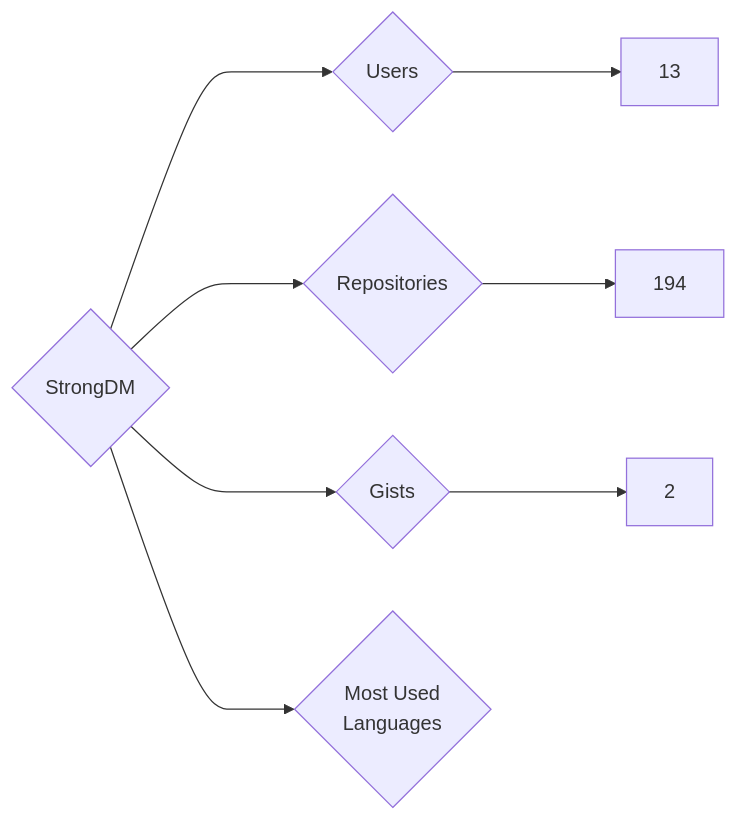
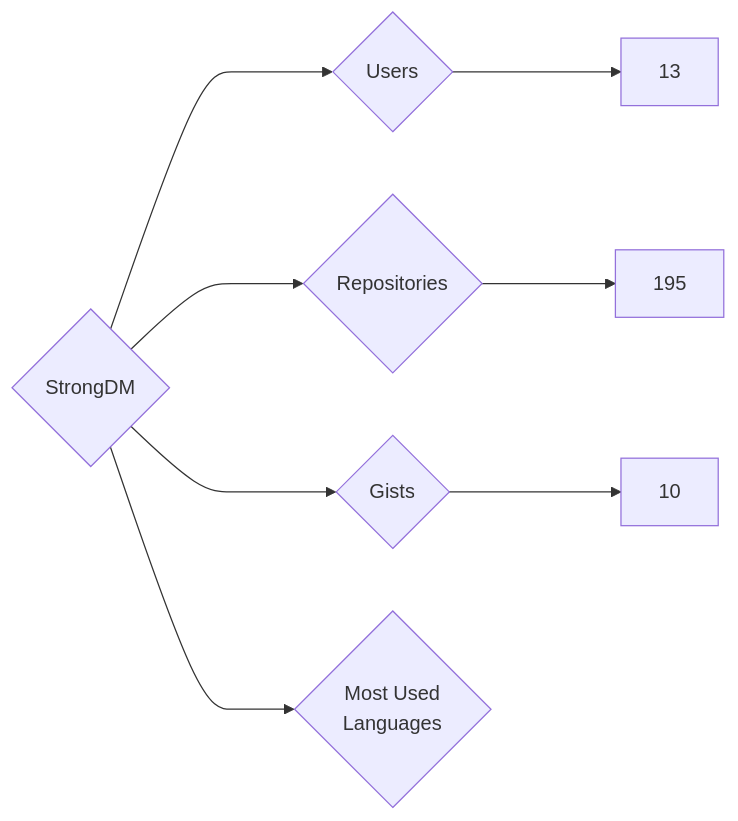
Before and after one commit to nenadzaric/insiders: the diagram in targets/StrongDM/README.md, drawn with Mermaid. The commit also changed 1342 other files, not shown here.

````diff
--- a/targets/StrongDM/README.md
+++ b/targets/StrongDM/README.md
@@ -3,8 +3,8 @@
 ```mermaid
 graph LR
 COMPANY_NAME{StrongDM}
 COMPANY_NAME ---> U{Users} ---> UN[13]
-COMPANY_NAME ---> R{Repositories} ---> RN[194]
-COMPANY_NAME ---> G{Gists} ---> GN[2]
+COMPANY_NAME ---> R{Repositories} ---> RN[195]
+COMPANY_NAME ---> G{Gists} ---> GN[10]
 COMPANY_NAME ---> ML{Most Used<br>Languages}
 ```
````
